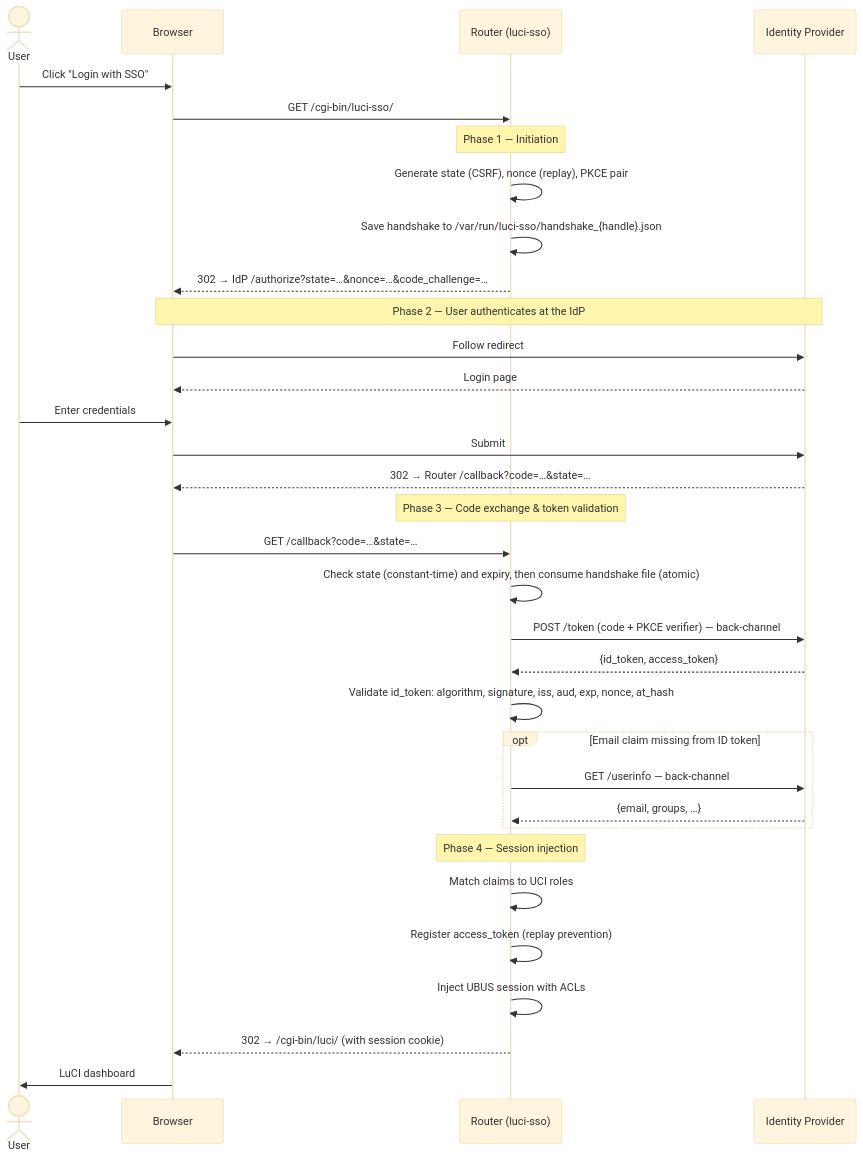
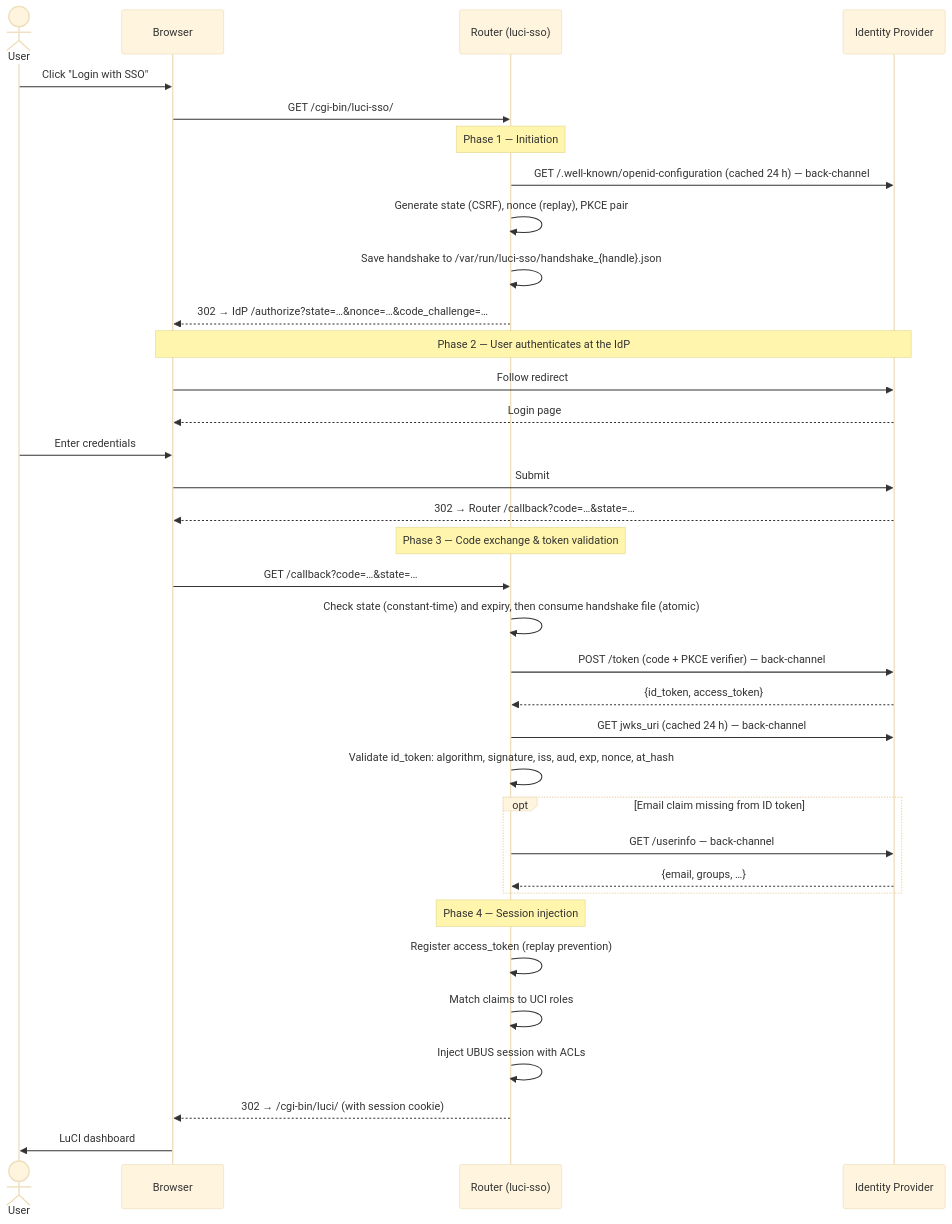
Before and after one commit to m00qek/luci-sso: the diagram in docs/explanation/oidc-flow.md, drawn with Mermaid (base theme). The commit also changed other lines of this file and 43 other files, not shown here.

````diff
--- a/docs/explanation/oidc-flow.md
+++ b/docs/explanation/oidc-flow.md
@@ -9,40 +9,42 @@
 ```mermaid
 sequenceDiagram
     actor User
     participant B as Browser
     participant R as Router (luci-sso)
     participant I as Identity Provider
 
     User->>B: Click "Login with SSO"
     B->>R: GET /cgi-bin/luci-sso/
 
     Note over R: Phase 1 — Initiation
+    R->>I: GET /.well-known/openid-configuration (cached 24 h) — back-channel
     R->>R: Generate state (CSRF), nonce (replay), PKCE pair
     R->>R: Save handshake to /var/run/luci-sso/handshake_{handle}.json
     R-->>B: 302 → IdP /authorize?state=…&nonce=…&code_challenge=…
 
     Note over B,I: Phase 2 — User authenticates at the IdP
     B->>I: Follow redirect
     I-->>B: Login page
     User->>B: Enter credentials
     B->>I: Submit
     I-->>B: 302 → Router /callback?code=…&state=…
 
     Note over R: Phase 3 — Code exchange & token validation
     B->>R: GET /callback?code=…&state=…
     R->>R: Check state (constant-time) and expiry, then consume handshake file (atomic)
     R->>I: POST /token (code + PKCE verifier) — back-channel
     I-->>R: {id_token, access_token}
+    R->>I: GET jwks_uri (cached 24 h) — back-channel
     R->>R: Validate id_token: algorithm, signature, iss, aud, exp, nonce, at_hash
     opt Email claim missing from ID token
         R->>I: GET /userinfo — back-channel
         I-->>R: {email, groups, …}
     end
 
     Note over R: Phase 4 — Session injection
+    R->>R: Register access_token (replay prevention)
     R->>R: Match claims to UCI roles
-    R->>R: Register access_token (replay prevention)
     R->>R: Inject UBUS session with ACLs
     R-->>B: 302 → /cgi-bin/luci/ (with session cookie)
     B->>User: LuCI dashboard
 ```
````
